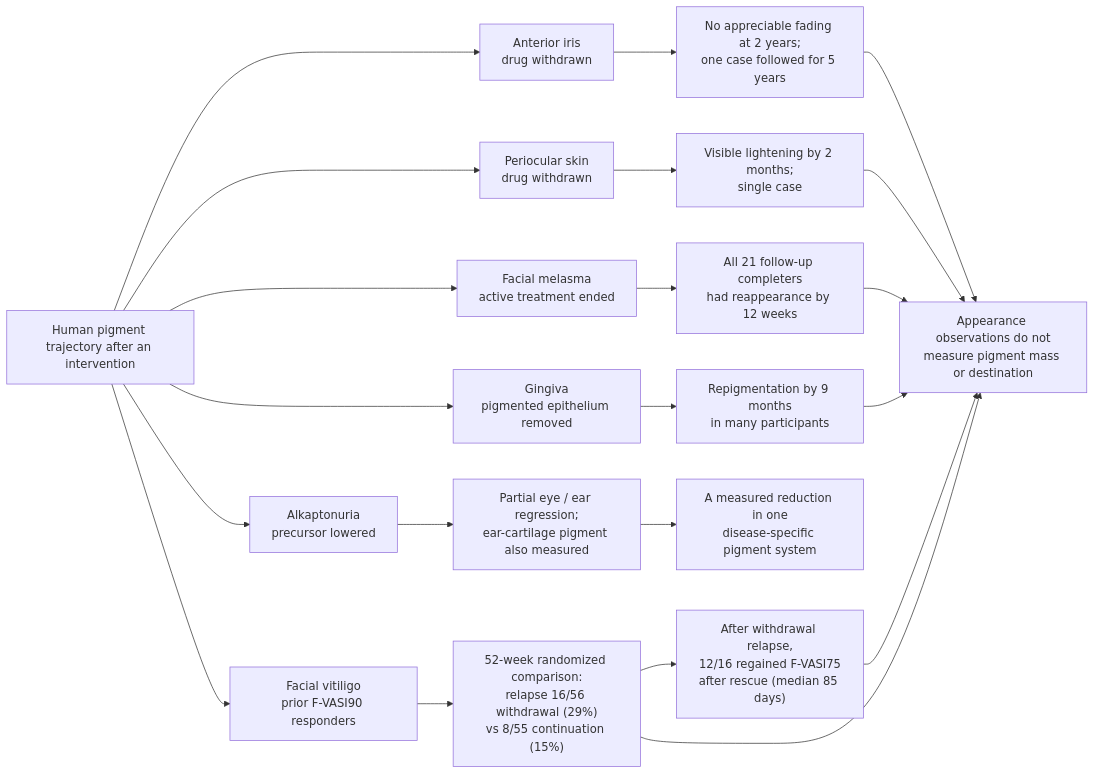
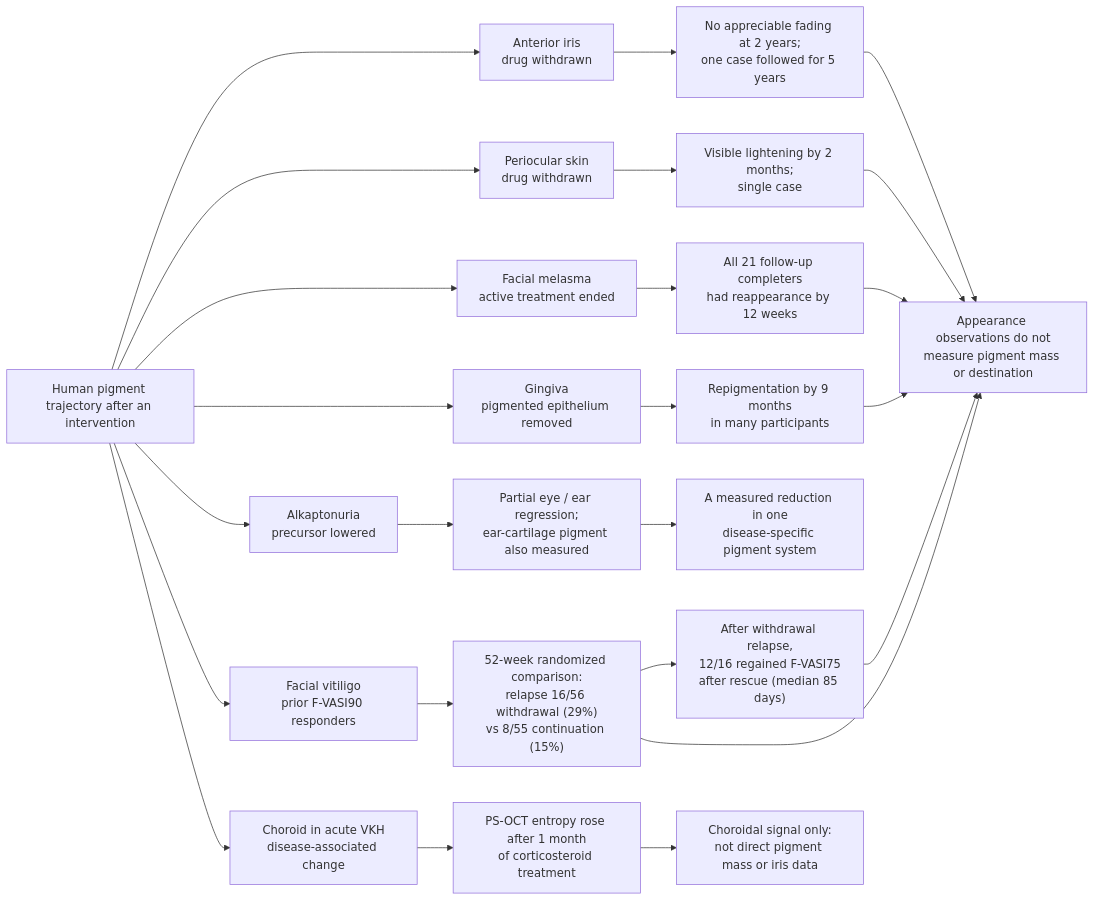
One commit to dylanstechmann/iris-color-without-contacts changed diagram 40 of 40 in research/tissue-pigment-atlas.md. Above: the diagram before and after it, drawn with Mermaid. The commit also changed other lines of this file, not shown here.

Commit message:
Add longitudinal choroid imaging precedent to eye atlas

````diff
--- a/research/tissue-pigment-atlas.md
+++ b/research/tissue-pigment-atlas.md
@@ -974,23 +977,26 @@
 ```mermaid
 flowchart LR
     A["Human pigment trajectory after an intervention"] --> B["Anterior iris<br/>drug withdrawn"]
     B --> B1["No appreciable fading at 2 years;<br/>one case followed for 5 years"]
     A --> C["Periocular skin<br/>drug withdrawn"]
     C --> C1["Visible lightening by 2 months;<br/>single case"]
     A --> D["Facial melasma<br/>active treatment ended"]
     D --> D1["All 21 follow-up completers<br/>had reappearance by 12 weeks"]
     A --> E["Gingiva<br/>pigmented epithelium removed"]
     E --> E1["Repigmentation by 9 months<br/>in many participants"]
     A --> F["Alkaptonuria<br/>precursor lowered"]
     F --> F1["Partial eye / ear regression;<br/>ear-cartilage pigment also measured"]
     A --> V["Facial vitiligo<br/>prior F-VASI90 responders"]
     V --> V1["52-week randomized comparison:<br/>relapse 16/56 withdrawal (29%)<br/>vs 8/55 continuation (15%)"]
     V1 --> V2["After withdrawal relapse,<br/>12/16 regained F-VASI75<br/>after rescue (median 85 days)"]
     B1 --> G["Appearance observations do not<br/>measure pigment mass or destination"]
     C1 --> G
     D1 --> G
     E1 --> G
     F1 --> H["A measured reduction in one<br/>disease-specific pigment system"]
     V1 --> G
     V2 --> G
+    A --> K["Choroid in acute VKH<br/>disease-associated change"]
+    K --> K1["PS-OCT entropy rose after 1 month<br/>of corticosteroid treatment"]
+    K1 --> K2["Choroidal signal only:<br/>not direct pigment mass or iris data"]
 ```
````
